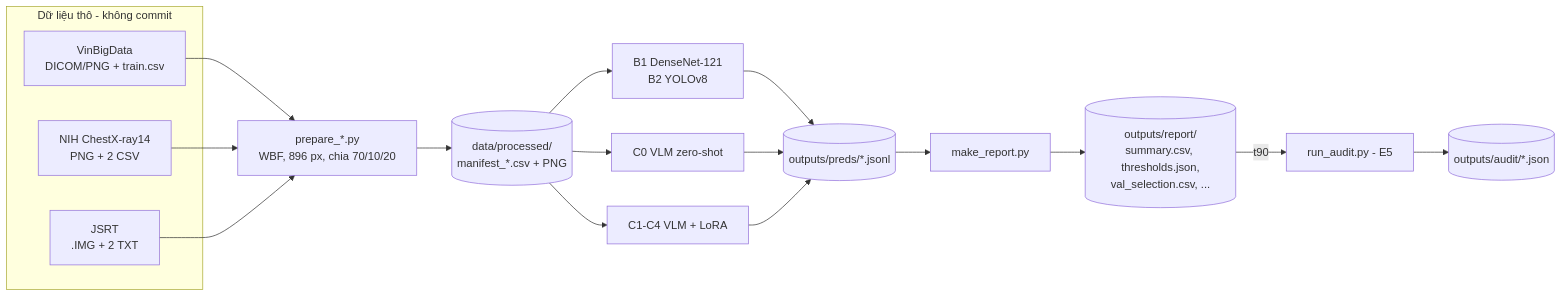
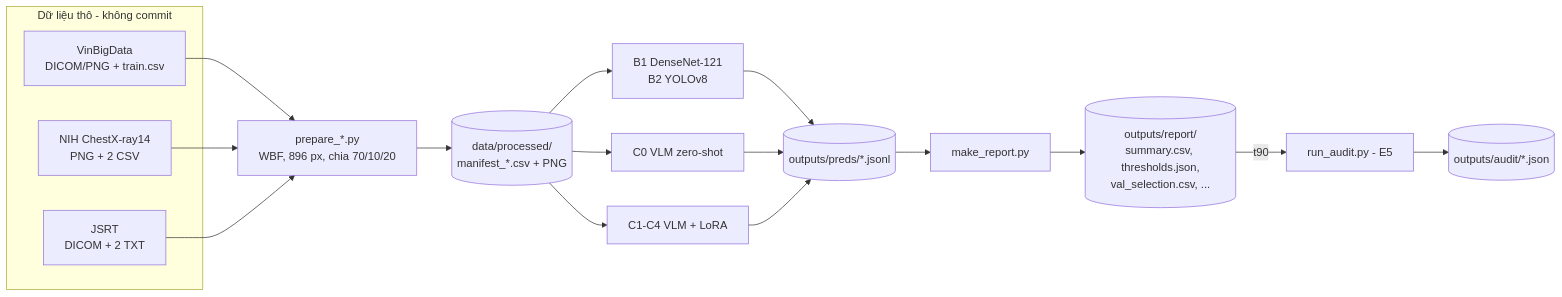
The first of 4 diagrams in docs/handoff/README.md (minhdang900/uit-cs315-lung-nodule-cxr-vlm), drawn with Mermaid before and after one commit. The commit also changed other lines of this file and 8 other files, not shown here.

First line of the commit message:
feat(data): support current JSRT DICOM release and add NIH/JSRT download scripts

````diff
--- a/docs/handoff/README.md
+++ b/docs/handoff/README.md
@@ -43,27 +43,27 @@
 ```mermaid
 flowchart LR
   subgraph RAW[Dữ liệu thô - không commit]
     V[VinBigData<br/>DICOM/PNG + train.csv]
     N[NIH ChestX-ray14<br/>PNG + 2 CSV]
-    J[JSRT<br/>.IMG + 2 TXT]
+    J[JSRT<br/>DICOM + 2 TXT]
   end
   P[prepare_*.py<br/>WBF, 896 px, chia 70/10/20]
   M[(data/processed/<br/>manifest_*.csv + PNG)]
   B[B1 DenseNet-121<br/>B2 YOLOv8]
   C0[C0 VLM zero-shot]
   L[C1-C4 VLM + LoRA]
   PR[(outputs/preds/*.jsonl)]
   R[make_report.py]
   RP[(outputs/report/<br/>summary.csv, thresholds.json,<br/>val_selection.csv, ...)]
   A[run_audit.py - E5]
   AU[(outputs/audit/*.json)]
   V --> P
   N --> P
   J --> P
   P --> M
   M --> B --> PR
   M --> C0 --> PR
   M --> L --> PR
   PR --> R --> RP
   RP -- t90 --> A --> AU
 ```
````
